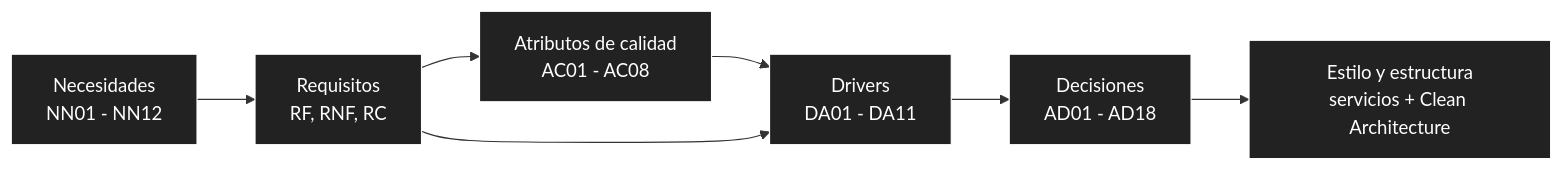
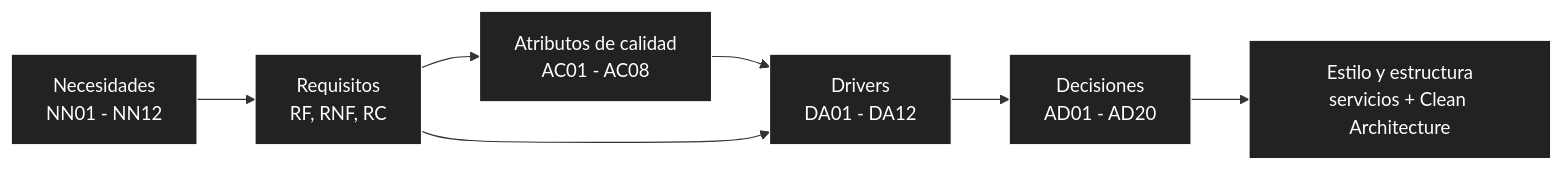
One commit to P35C4D0R4B1050/BabelHub changed the diagram in docs/04-drivers-arquitectonicos.md. Above: the diagram before and after it, drawn with Mermaid. The commit also changed other lines of this file and 1 other file, not shown here.

Commit message:
docs: add driver DA12 and decisions AD19-AD20 for digital books
Object storage for files and delivery via short-lived signed URLs
without commercial DRM.

````diff
--- a/docs/04-drivers-arquitectonicos.md
+++ b/docs/04-drivers-arquitectonicos.md
@@ -7,16 +7,16 @@
 ```mermaid
 flowchart LR
 NN["Necesidades<br/>NN01 - NN12"] --> REQ["Requisitos<br/>RF, RNF, RC"]
 REQ --> AC["Atributos de calidad<br/>AC01 - AC08"]
-AC --> DA["Drivers<br/>DA01 - DA11"]
+AC --> DA["Drivers<br/>DA01 - DA12"]
 REQ --> DA
-DA --> AD["Decisiones<br/>AD01 - AD18"]
+DA --> AD["Decisiones<br/>AD01 - AD20"]
 AD --> EST["Estilo y estructura<br/>servicios + Clean Architecture"]
 
 style NN fill:#222,stroke:#fff,color:#fff
 style REQ fill:#222,stroke:#fff,color:#fff
 style AC fill:#222,stroke:#fff,color:#fff
 style DA fill:#222,stroke:#fff,color:#fff
 style AD fill:#222,stroke:#fff,color:#fff
 style EST fill:#222,stroke:#fff,color:#fff
 ```
````
